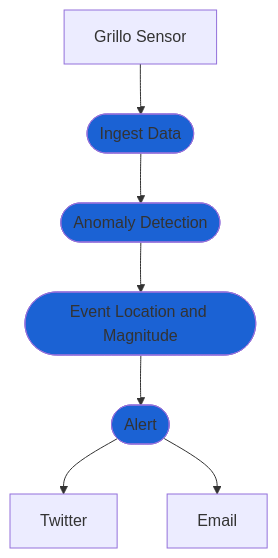
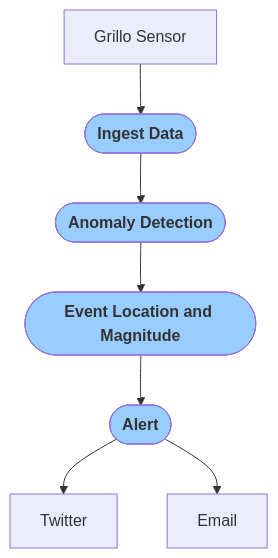
The diagram in docs/how-to/regional_eew.md (grillo/grillo-docs), drawn with Mermaid before and after one commit. The commit also changed 38 other files, not shown here.

````diff
--- a/docs/how-to/regional_eew.md
+++ b/docs/how-to/regional_eew.md
@@ -13,8 +13,8 @@
 ```mermaid
 flowchart TB
-   A[Grillo Sensor] --> C([Ingest Data]) --> D([Anomaly Detection]) --> E([Event Location and Magnitude]) --> F([Alert]) --> G[Twitter] & H[Email]
-   style C fill:#1b62d4
-   style D fill:#1b62d4
-   style E fill:#1b62d4
-   style F fill:#1b62d4
+   A[Grillo Sensor] --> C([<font color=333333><b>Ingest Data</b>]) --> D([<font color=333333><b>Anomaly Detection</b>]) --> E([<font color=333333><b>Event Location and Magnitude</b>]) --> F([<font color=333333><b>Alert</b>]) --> G[Twitter] & H[Email]
+   style C fill:#99CCFF
+   style D fill:#99CCFF
+   style E fill:#99CCFF
+   style F fill:#99CCFF
 ```
````
